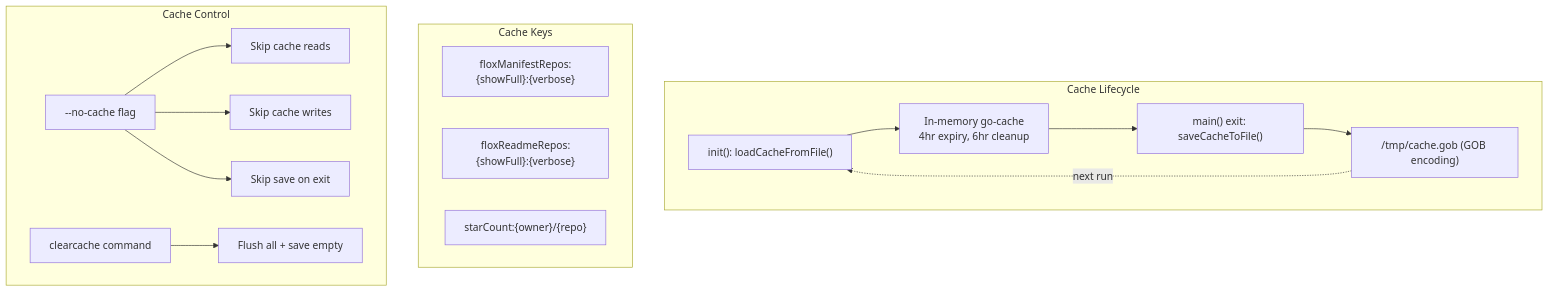
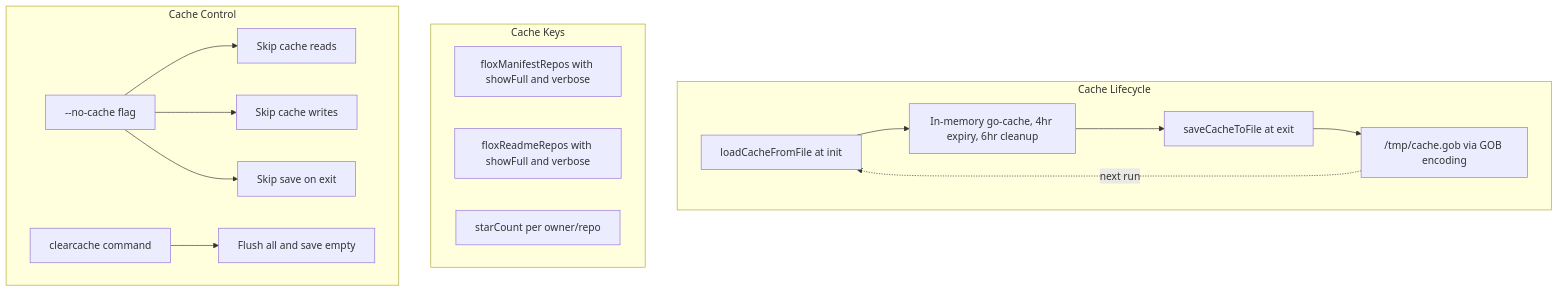
One commit to stahnma/gh-flox changed the ninth of 12 diagrams in README.md. Above: the diagram before and after it, drawn with Mermaid. The commit also changed other lines of this file, not shown here.

First line of the commit message:
Fix Mermaid diagram syntax for GitHub rendering

````diff
--- a/README.md
+++ b/README.md
@@ -238,22 +223,22 @@
 ```mermaid
 flowchart TD
     subgraph lifecycle["Cache Lifecycle"]
-        CL1["init(): loadCacheFromFile()"] --> CL2["In-memory go-cache\n4hr expiry, 6hr cleanup"]
-        CL2 --> CL3["main() exit: saveCacheToFile()"]
-        CL3 --> CL4["/tmp/cache.gob (GOB encoding)"]
+        CL1["loadCacheFromFile at init"] --> CL2["In-memory go-cache, 4hr expiry, 6hr cleanup"]
+        CL2 --> CL3["saveCacheToFile at exit"]
+        CL3 --> CL4["/tmp/cache.gob via GOB encoding"]
         CL4 -.->|next run| CL1
     end
 
     subgraph keys["Cache Keys"]
-        K1["floxManifestRepos:{showFull}:{verbose}"]
-        K2["floxReadmeRepos:{showFull}:{verbose}"]
-        K3["starCount:{owner}/{repo}"]
+        K1["floxManifestRepos with showFull and verbose"]
+        K2["floxReadmeRepos with showFull and verbose"]
+        K3["starCount per owner/repo"]
     end
 
     subgraph flags["Cache Control"]
         F1["--no-cache flag"] --> F2[Skip cache reads]
         F1 --> F3[Skip cache writes]
         F1 --> F4[Skip save on exit]
-        F5[clearcache command] --> F6[Flush all + save empty]
+        F5[clearcache command] --> F6["Flush all and save empty"]
     end
 ```
````
